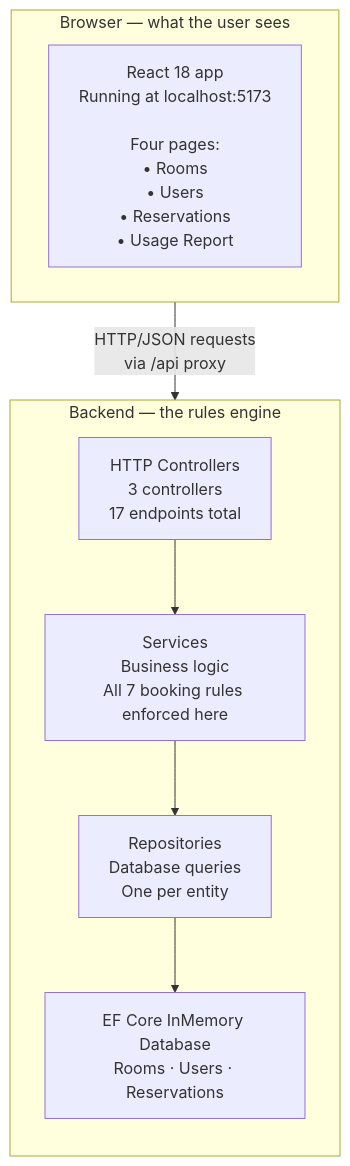
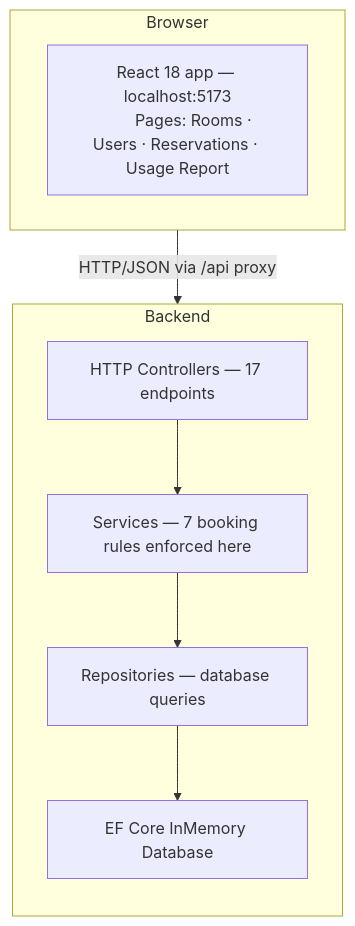
One commit to Amith-Ganta/room-reservation-system changed the third of 14 diagrams in SUBMISSION_REPORT.md. Above: the diagram before and after it, drawn with Mermaid. The commit also changed other lines of this file and 1 other file, not shown here.

First line of the commit message:
fix: remove \n from all mermaid diagrams for GitHub rendering

````diff
--- a/SUBMISSION_REPORT.md
+++ b/SUBMISSION_REPORT.md
@@ -83,17 +82,18 @@
 ```mermaid
 flowchart TB
-    subgraph Browser["Browser — what the user sees"]
-        FE["React 18 app\nRunning at localhost:5173\n\nFour pages:\n• Rooms\n• Users\n• Reservations\n• Usage Report"]
+    subgraph Browser["Browser"]
+        FE["React 18 app — localhost:5173
+        Pages: Rooms · Users · Reservations · Usage Report"]
     end
 
-    subgraph API["Backend — the rules engine"]
+    subgraph API["Backend"]
         direction TB
-        C["HTTP Controllers\n3 controllers\n17 endpoints total"]
-        S["Services\nBusiness logic\nAll 7 booking rules enforced here"]
-        R["Repositories\nDatabase queries\nOne per entity"]
-        DB["EF Core InMemory Database\nRooms · Users · Reservations"]
+        C["HTTP Controllers — 17 endpoints"]
+        S["Services — 7 booking rules enforced here"]
+        R["Repositories — database queries"]
+        DB["EF Core InMemory Database"]
         C --> S --> R --> DB
     end
 
-    Browser -- "HTTP/JSON requests\nvia /api proxy" --> API
+    Browser -- "HTTP/JSON via /api proxy" --> API
 ```
````
